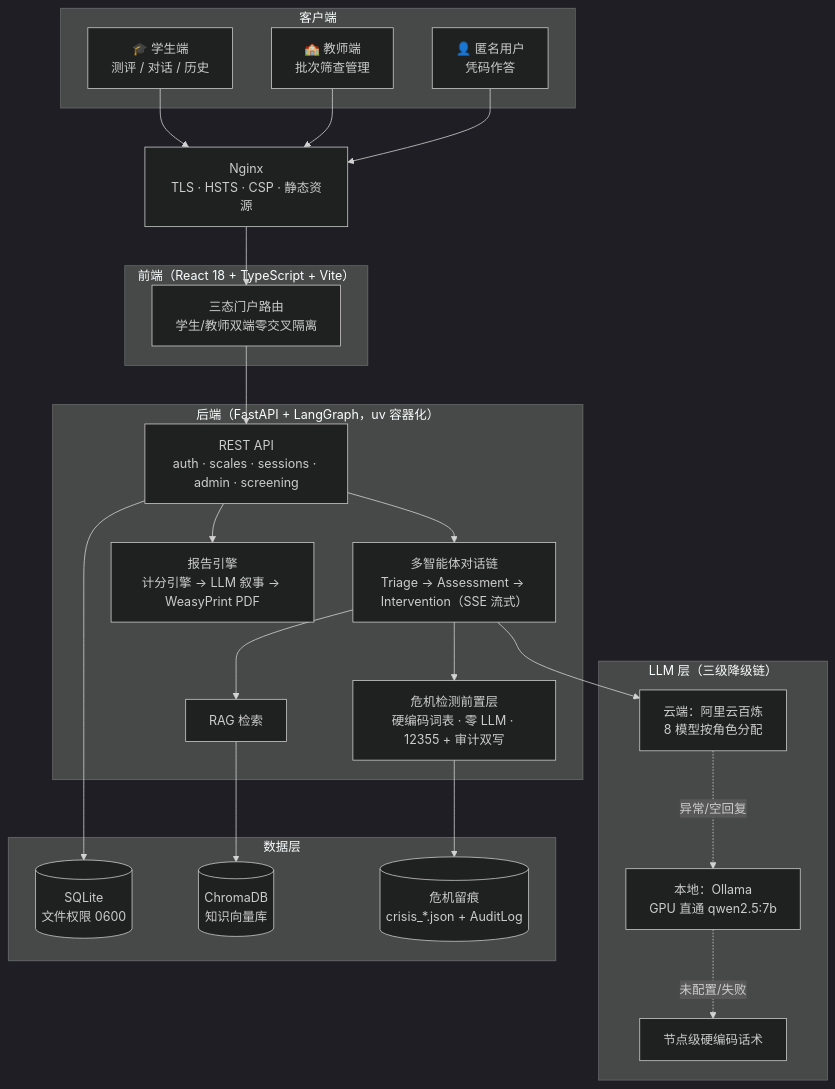
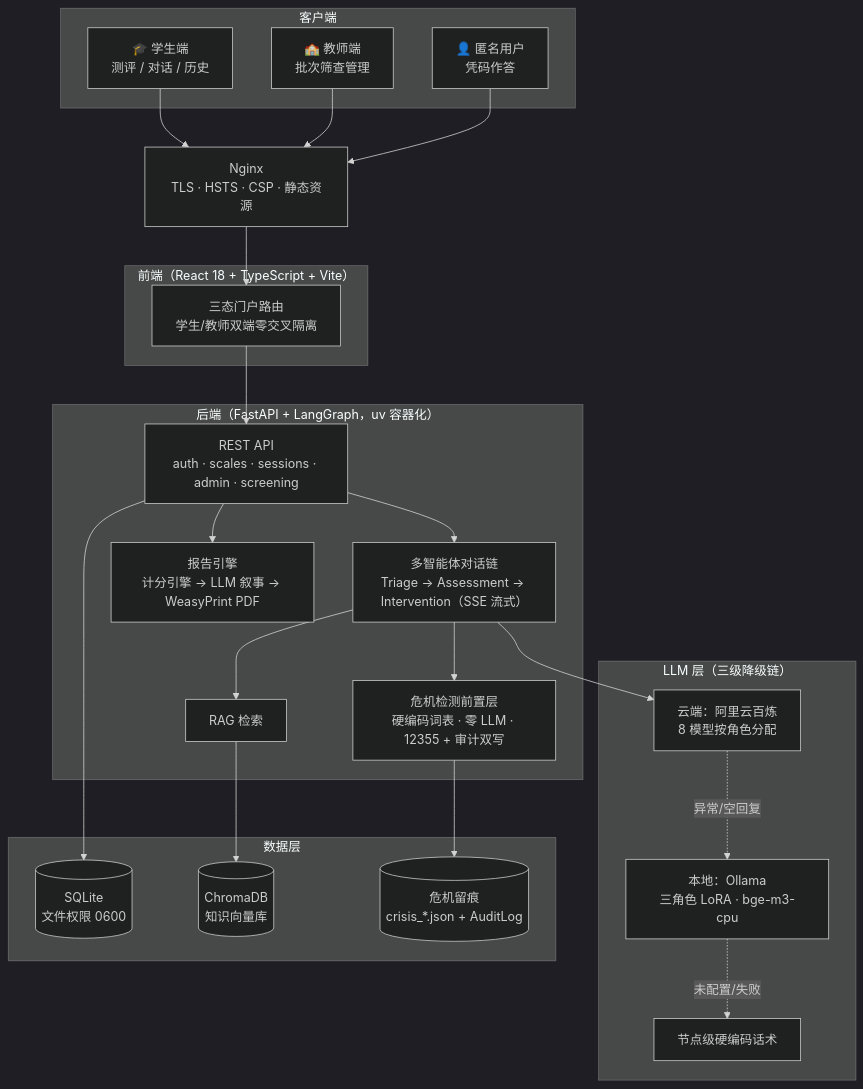
The diagram in README.md (Gunaie/PsycheFlow), drawn with Mermaid (dark theme) before and after one commit. The commit also changed other lines of this file and 50 other files, not shown here.

````diff
--- a/README.md
+++ b/README.md
@@ -46,45 +47,45 @@
 ```mermaid
 flowchart TB
     subgraph clients["客户端"]
         STU["🎓 学生端<br/>测评 / 对话 / 历史"]
         TEA["🏫 教师端<br/>批次筛查管理"]
         VIS["👤 匿名用户<br/>凭码作答"]
     end
 
     NGINX["Nginx<br/>TLS · HSTS · CSP · 静态资源"]
 
     subgraph fe["前端（React 18 + TypeScript + Vite）"]
         PORTAL["三态门户路由<br/>学生/教师双端零交叉隔离"]
     end
 
     subgraph be["后端（FastAPI + LangGraph，uv 容器化）"]
         API["REST API<br/>auth · scales · sessions · admin · screening"]
         AGENT["多智能体对话链<br/>Triage → Assessment → Intervention（SSE 流式）"]
         CRISIS["危机检测前置层<br/>硬编码词表 · 零 LLM · 12355 + 审计双写"]
         RAG["RAG 检索"]
         REPORT["报告引擎<br/>计分引擎 → LLM 叙事 → WeasyPrint PDF"]
     end
 
     subgraph llm["LLM 层（三级降级链）"]
         CLOUD["云端：阿里云百炼<br/>8 模型按角色分配"]
-        LOCAL["本地：Ollama<br/>GPU 直通 qwen2.5:7b"]
+        LOCAL["本地：Ollama<br/>三角色 LoRA · bge-m3-cpu"]
         FALLBACK["节点级硬编码话术"]
     end
 
     subgraph store["数据层"]
         DB[("SQLite<br/>文件权限 0600")]
         CHROMA[("ChromaDB<br/>知识向量库")]
         AUDIT[("危机留痕<br/>crisis_*.json + AuditLog")]
     end
 
     STU & TEA & VIS --> NGINX --> PORTAL --> API
     API --> AGENT
     AGENT --> CRISIS
     AGENT --> RAG --> CHROMA
     API --> REPORT
     AGENT --> CLOUD
     CLOUD -. 异常/空回复 .-> LOCAL
     LOCAL -. 未配置/失败 .-> FALLBACK
     API --> DB
     CRISIS --> AUDIT
 ```
````
